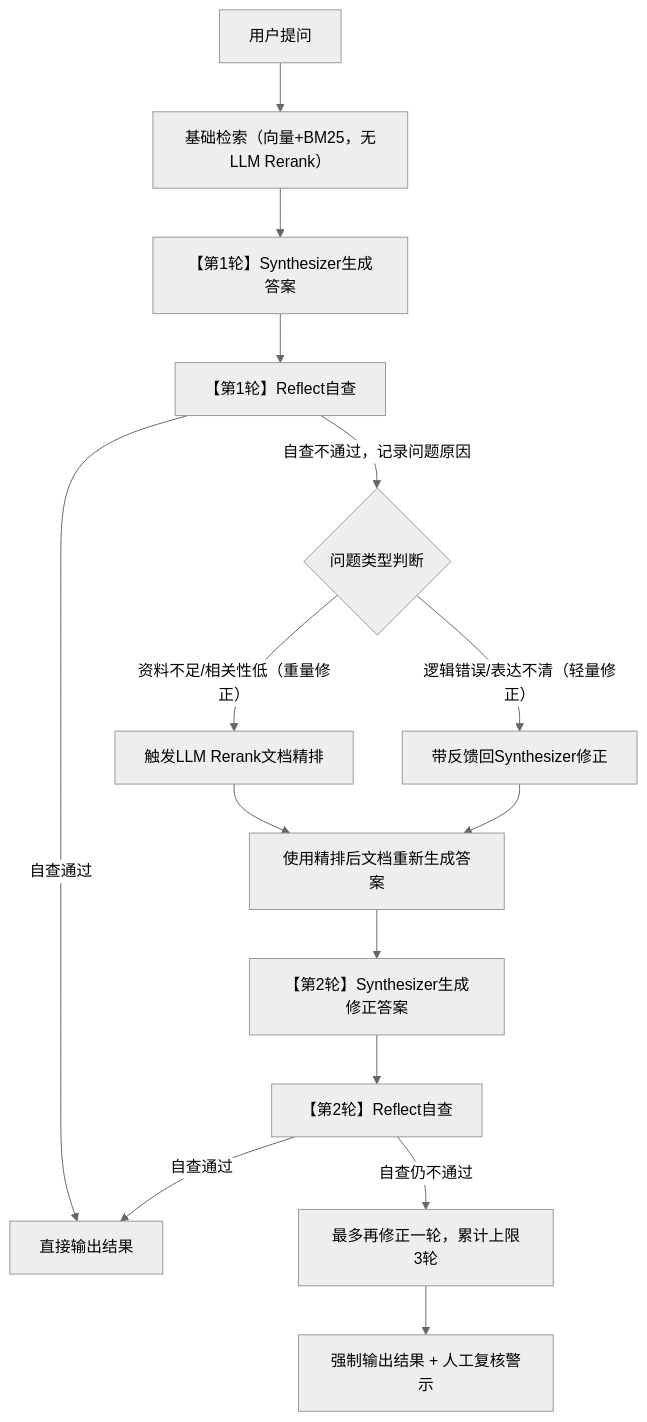
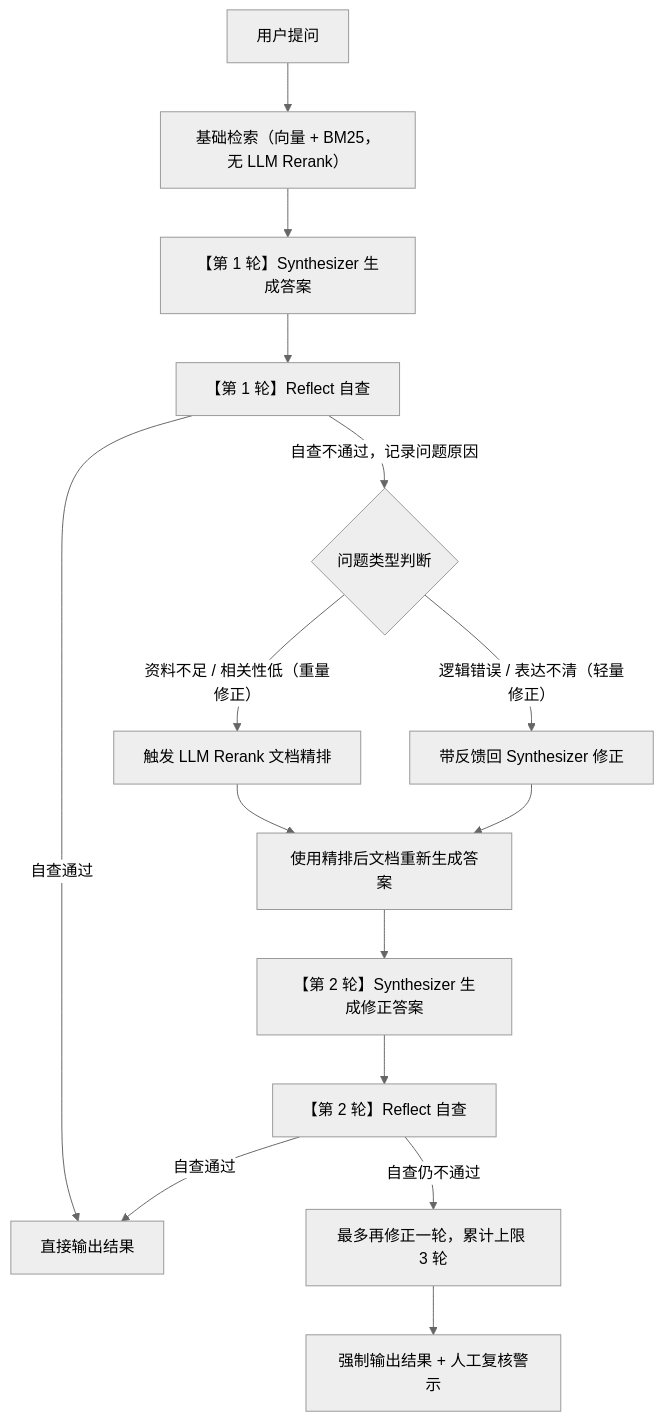
Before and after one commit to Dillon-Xue/med_agent_v1: the fifth of 5 diagrams in README.md, drawn with Mermaid (neutral theme). The commit also changed other lines of this file, not shown here.

````diff
--- a/README.md
+++ b/README.md
@@ -301,21 +363,21 @@
 ```mermaid
 flowchart TD
-    A[用户提问] --> B[基础检索（向量+BM25，无LLM Rerank）]
-    B --> C[【第1轮】Synthesizer生成答案]
-    C --> D[【第1轮】Reflect自查]
+    A[用户提问] --> B[基础检索（向量 + BM25，无 LLM Rerank）]
+    B --> C[【第 1 轮】Synthesizer 生成答案]
+    C --> D[【第 1 轮】Reflect 自查]
 
     D -->|自查通过| E[直接输出结果]
     D -->|自查不通过，记录问题原因| F{问题类型判断}
 
-    F -->|逻辑错误/表达不清（轻量修正）| G[带反馈回Synthesizer修正]
-    F -->|资料不足/相关性低（重量修正）| H[触发LLM Rerank文档精排]
+    F -->|逻辑错误 / 表达不清（轻量修正）| G[带反馈回 Synthesizer 修正]
+    F -->|资料不足 / 相关性低（重量修正）| H[触发 LLM Rerank 文档精排]
 
     H --> I[使用精排后文档重新生成答案]
     G --> I
-    I --> J[【第2轮】Synthesizer生成修正答案]
-    J --> K[【第2轮】Reflect自查]
+    I --> J[【第 2 轮】Synthesizer 生成修正答案]
+    J --> K[【第 2 轮】Reflect 自查]
 
     K -->|自查通过| E
-    K -->|自查仍不通过| L[最多再修正一轮，累计上限3轮]
+    K -->|自查仍不通过| L[最多再修正一轮，累计上限 3 轮]
     L --> M[强制输出结果 + 人工复核警示]
 ```
````
